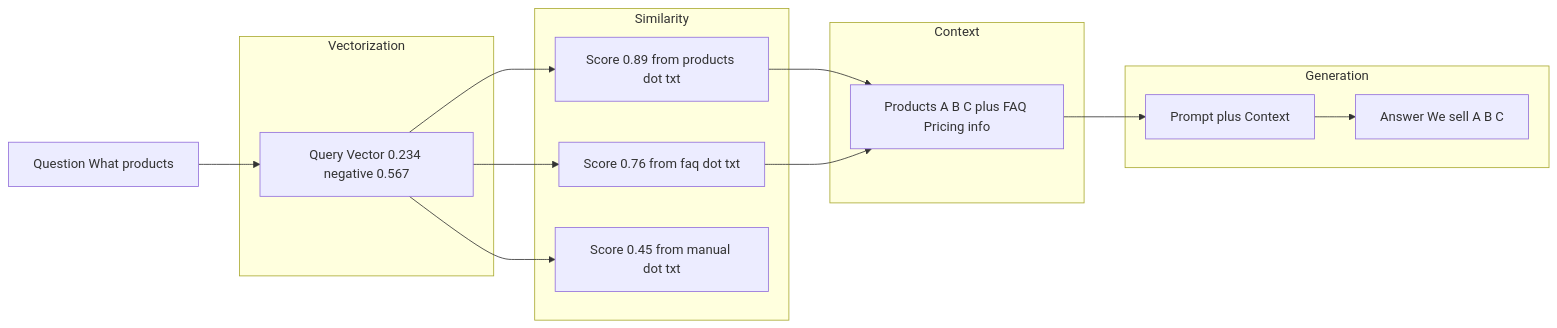
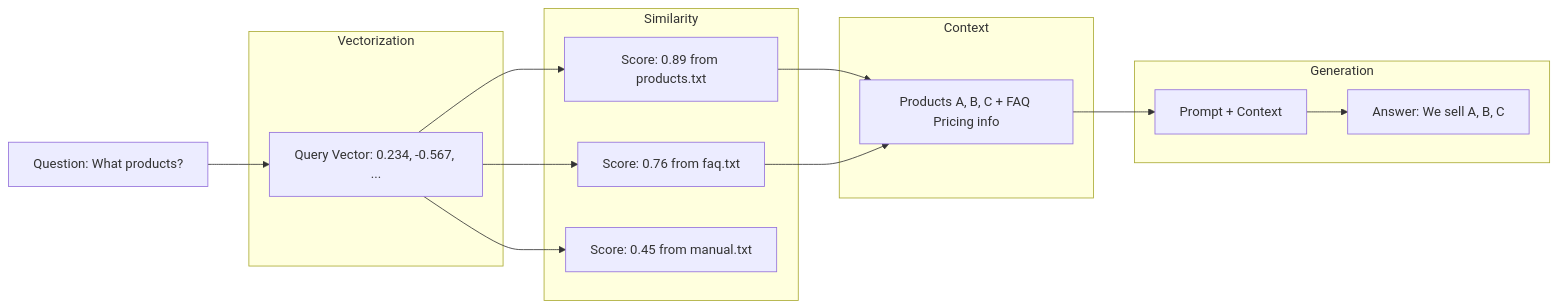
One commit to andikatjacobdennis/Local-RAG-With-OllamaSharp changed the seventh of 11 diagrams in doc/Technical Architecture Document.md. Above: the diagram before and after it, drawn with Mermaid. The commit also changed other lines of this file, not shown here.

````diff
--- a/doc/Technical Architecture Document.md
+++ b/doc/Technical Architecture Document.md
@@ -389,33 +391,33 @@
 ```mermaid
 flowchart LR
-    Q[Question What products]
+    Q[Question: What products?]
     
     subgraph Vectorization
-        QV[Query Vector 0.234 negative 0.567]
+        QV[Query Vector: 0.234, -0.567, ...]
     end
     
     subgraph Similarity
-        S1[Score 0.89 from products dot txt]
-        S2[Score 0.76 from faq dot txt]
-        S3[Score 0.45 from manual dot txt]
+        S1[Score: 0.89 from products.txt]
+        S2[Score: 0.76 from faq.txt]
+        S3[Score: 0.45 from manual.txt]
     end
     
     subgraph Context
-        CTX[Products A B C plus FAQ Pricing info]
+        CTX["Products A, B, C + FAQ Pricing info"]
     end
     
     subgraph Generation
-        PR[Prompt plus Context]
-        RES[Answer We sell A B C]
+        PR[Prompt + Context]
+        RES[Answer: We sell A, B, C]
     end
     
     Q --> QV
     QV --> S1
     QV --> S2
     QV --> S3
     
     S1 --> CTX
     S2 --> CTX
     
     CTX --> PR --> RES
 ```
````
